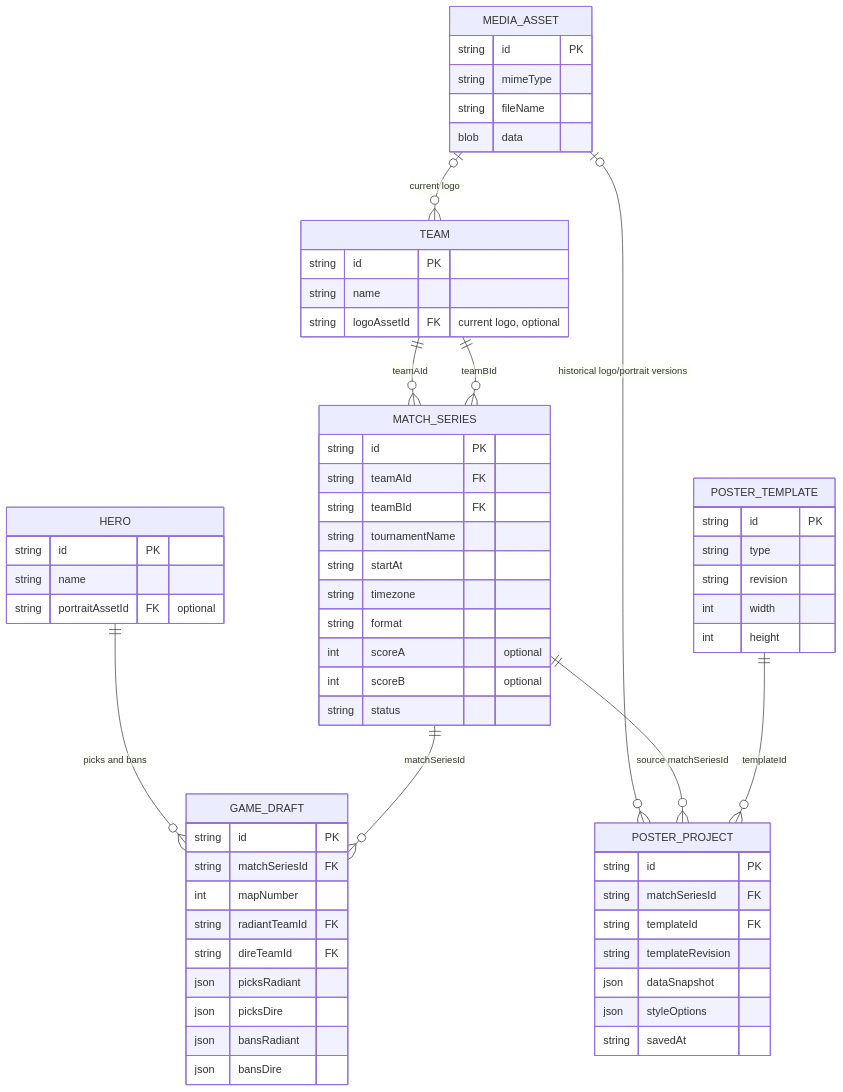
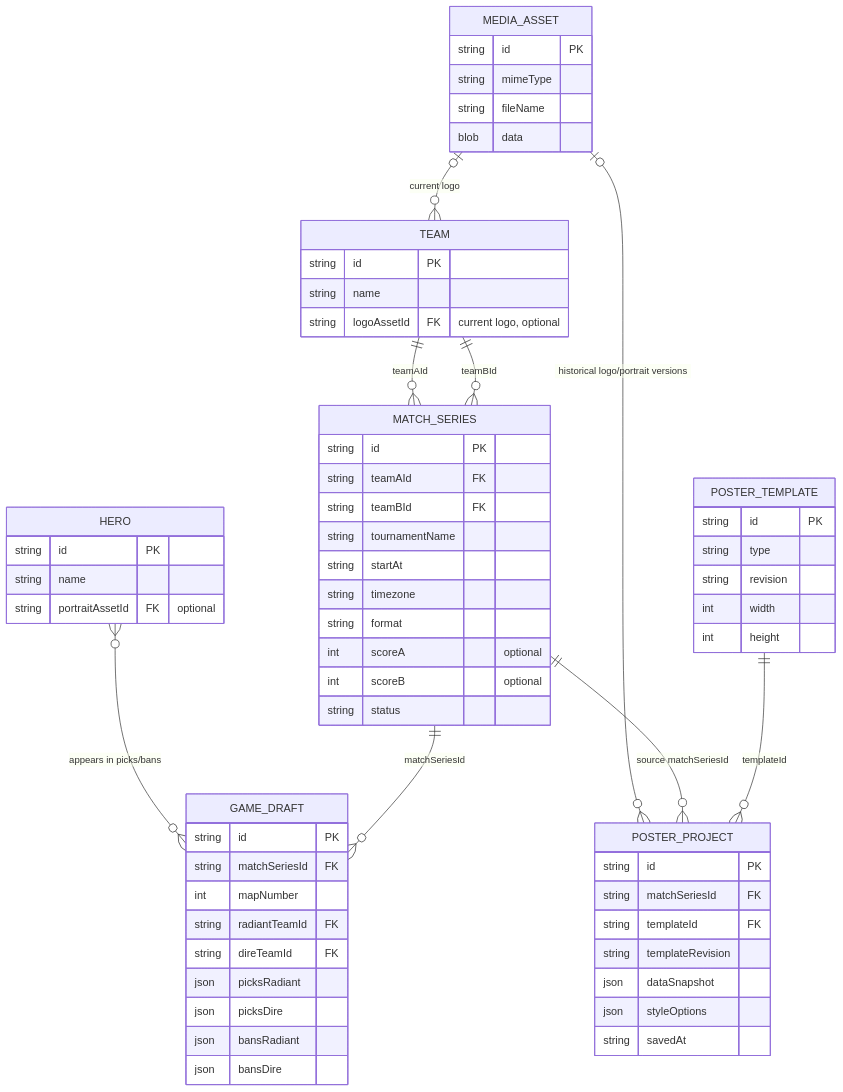
The diagram in docs/architecture/data-model.md (qroka/DotaFrame), drawn with Mermaid before and after one commit.

Commit message:
docs: correct hero-to-draft many-to-many relationship

````diff
--- a/docs/architecture/data-model.md
+++ b/docs/architecture/data-model.md
@@ -16,73 +16,73 @@
 ```mermaid
 erDiagram
     TEAM ||--o{ MATCH_SERIES : "teamAId"
     TEAM ||--o{ MATCH_SERIES : "teamBId"
     MEDIA_ASSET o|--o{ TEAM : "current logo"
     MEDIA_ASSET o|--o{ POSTER_PROJECT : "historical logo/portrait versions"
-    HERO ||--o{ GAME_DRAFT : "picks and bans"
+    HERO }o--o{ GAME_DRAFT : "appears in picks/bans"
     MATCH_SERIES ||--o{ GAME_DRAFT : "matchSeriesId"
     MATCH_SERIES ||--o{ POSTER_PROJECT : "source matchSeriesId"
     POSTER_TEMPLATE ||--o{ POSTER_PROJECT : "templateId"
 
     TEAM {
       string id PK
       string name
       string logoAssetId FK "current logo, optional"
     }
 
     MEDIA_ASSET {
       string id PK
       string mimeType
       string fileName
       blob data
     }
 
     MATCH_SERIES {
       string id PK
       string teamAId FK
       string teamBId FK
       string tournamentName
       string startAt
       string timezone
       string format
       int scoreA "optional"
       int scoreB "optional"
       string status
     }
 
     HERO {
       string id PK
       string name
       string portraitAssetId FK "optional"
     }
 
     GAME_DRAFT {
       string id PK
       string matchSeriesId FK
       int mapNumber
       string radiantTeamId FK
       string direTeamId FK
       json picksRadiant
       json picksDire
       json bansRadiant
       json bansDire
     }
 
     POSTER_TEMPLATE {
       string id PK
       string type
       string revision
       int width
       int height
     }
 
     POSTER_PROJECT {
       string id PK
       string matchSeriesId FK
       string templateId FK
       string templateRevision
       json dataSnapshot
       json styleOptions
       string savedAt
     }
 ```
````
